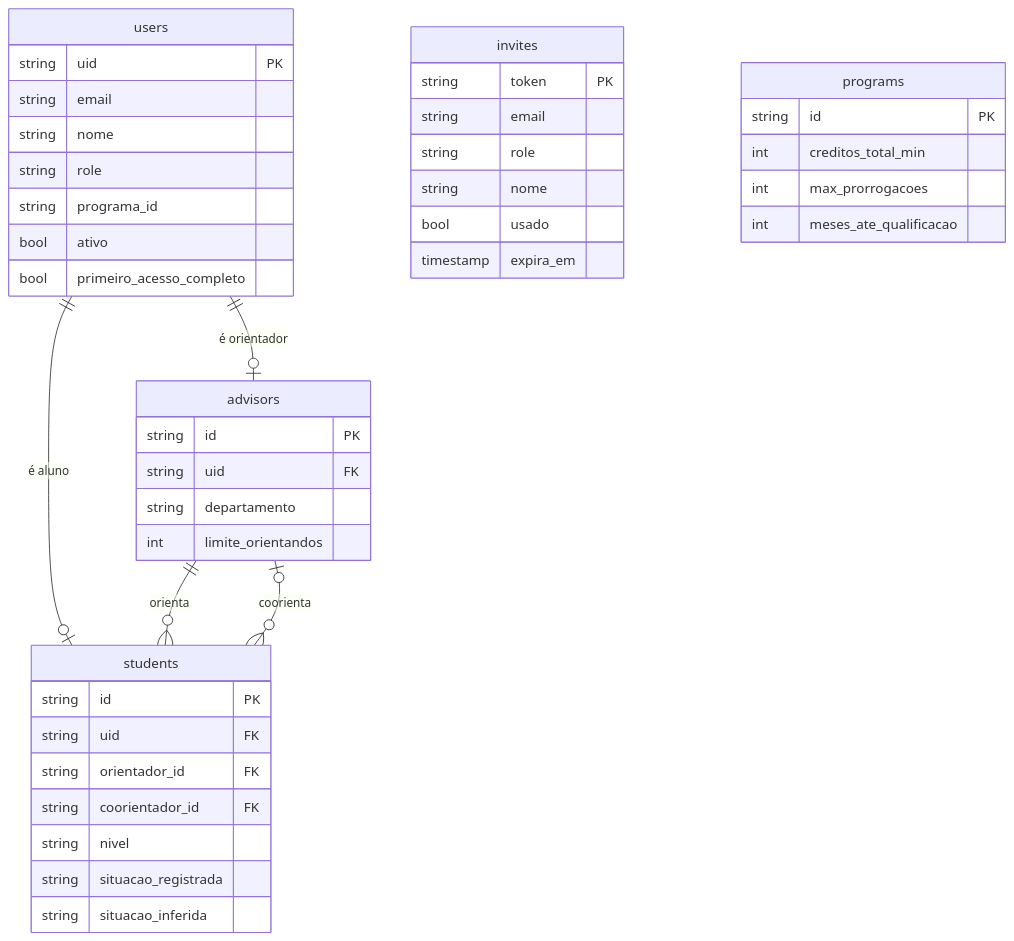
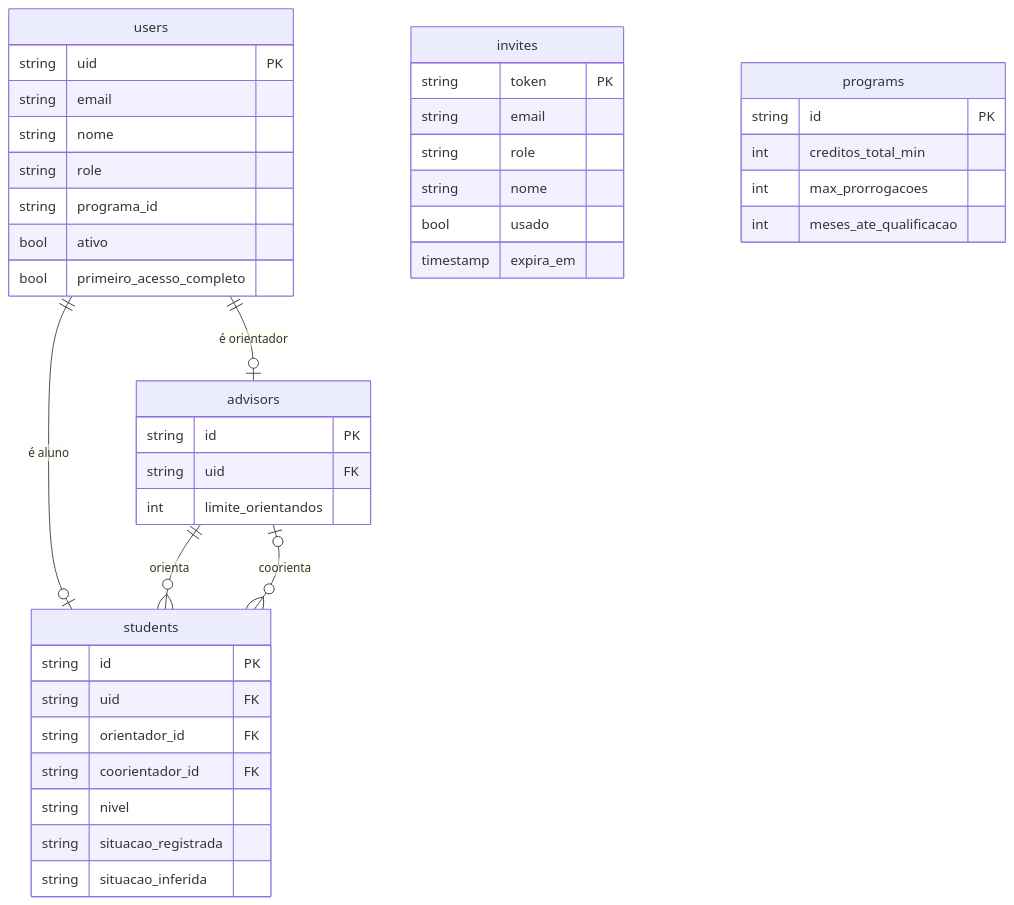
The second of 5 diagrams in docs/data-model.md (PPrauchner/SAGA-Sistema-de-Acompanhamento-e-Gestao-Academica), drawn with Mermaid before and after one commit. The commit also changed other lines of this file, not shown here.

First line of the commit message:
docs: documenta departamento como campo derivado em advisors

````diff
--- a/docs/data-model.md
+++ b/docs/data-model.md
@@ -94,46 +94,45 @@
 ```mermaid
 erDiagram
     users {
         string uid PK
         string email
         string nome
         string role
         string programa_id
         bool ativo
         bool primeiro_acesso_completo
     }
     invites {
         string token PK
         string email
         string role
         string nome
         bool usado
         timestamp expira_em
     }
     students {
         string id PK
         string uid FK
         string orientador_id FK
         string coorientador_id FK
         string nivel
         string situacao_registrada
         string situacao_inferida
     }
     advisors {
         string id PK
         string uid FK
-        string departamento
         int limite_orientandos
     }
     programs {
         string id PK
         int creditos_total_min
         int max_prorrogacoes
         int meses_ate_qualificacao
     }
 
     users ||--o| students : "é aluno"
     users ||--o| advisors : "é orientador"
     advisors ||--o{ students : orienta
     advisors |o--o{ students : coorienta
 ```
````
